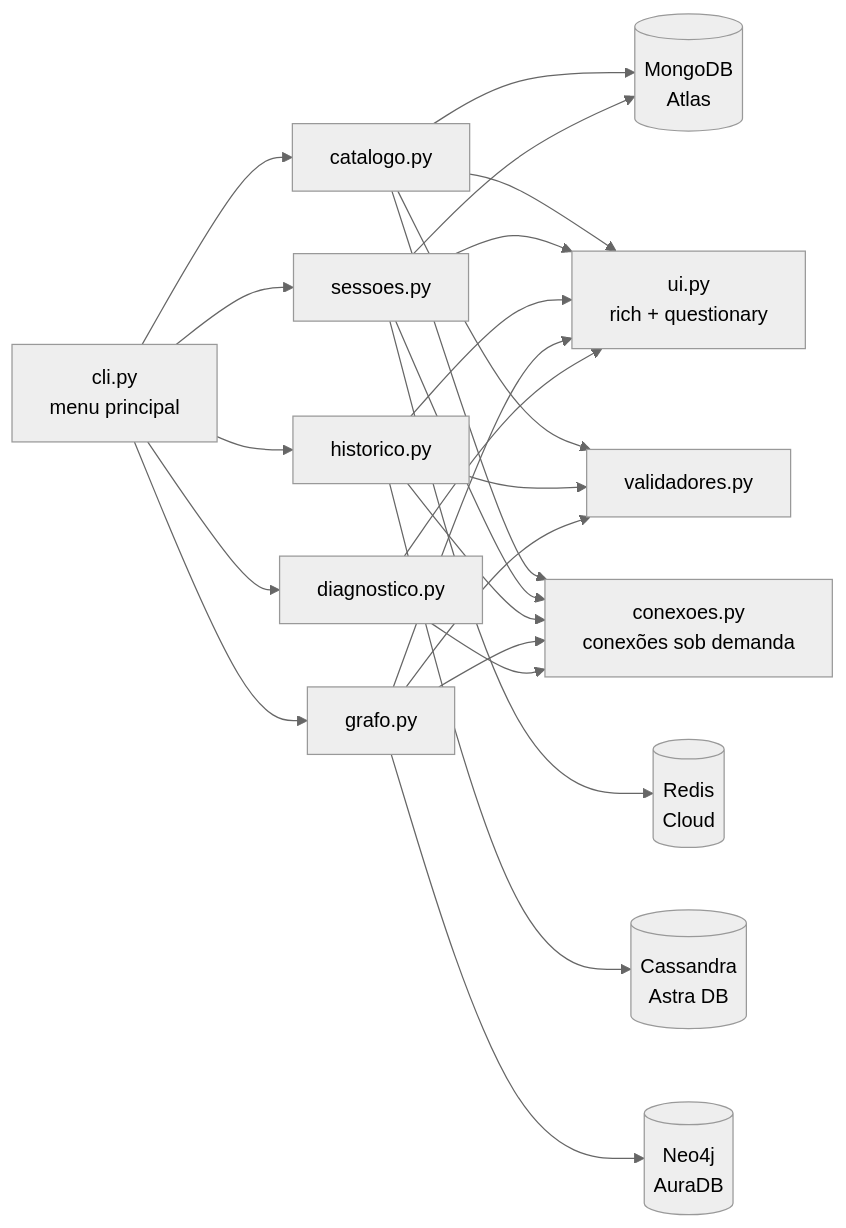
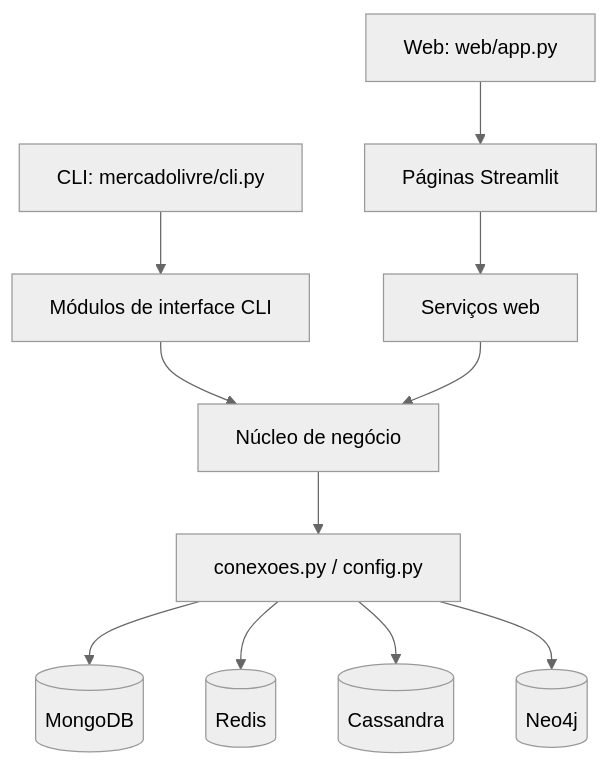
One commit to tirolasca/MercadoLivre changed the first of 2 diagrams in README.md. Above: the diagram before and after it, drawn with Mermaid (neutral theme). The commit also changed other lines of this file, not shown here.

````diff
--- a/README.md
+++ b/README.md
@@ -36,16 +79,19 @@
 ```mermaid
-flowchart LR
-    CLI["cli.py<br/>menu principal"] --> CAT["catalogo.py"]
-    CLI --> SES["sessoes.py"]
-    CLI --> HIS["historico.py"]
-    CLI --> GRA["grafo.py"]
-    CLI --> DIA["diagnostico.py"]
-    CAT --> MONGO[("MongoDB<br/>Atlas")]
-    SES --> REDIS[("Redis<br/>Cloud")]
-    SES --> MONGO
-    HIS --> CASS[("Cassandra<br/>Astra DB")]
-    GRA --> NEO[("Neo4j<br/>AuraDB")]
-    CAT & SES & HIS & GRA & DIA --> UI["ui.py<br/>rich + questionary"]
-    CAT & HIS & GRA --> VAL["validadores.py"]
-    CAT & SES & HIS & GRA & DIA --> CON["conexoes.py<br/>conexões sob demanda"]
+flowchart TD
+    CLI["CLI: mercadolivre/cli.py"]
+    WEB["Web: web/app.py"]
+
+    CLI --> MOD["Módulos de interface CLI"]
+    WEB --> PAG["Páginas Streamlit"]
+
+    MOD --> CORE["Núcleo de negócio"]
+    PAG --> SERVICES["Serviços web"]
+    SERVICES --> CORE
+
+    CORE --> CON["conexoes.py / config.py"]
+
+    CON --> MONGO[("MongoDB")]
+    CON --> REDIS[("Redis")]
+    CON --> CASS[("Cassandra")]
+    CON --> NEO[("Neo4j")]
 ```
````
